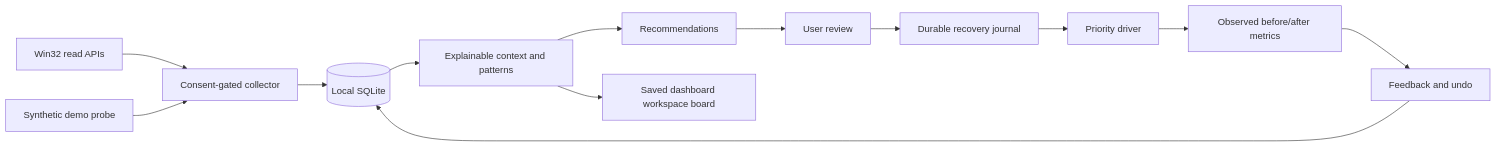
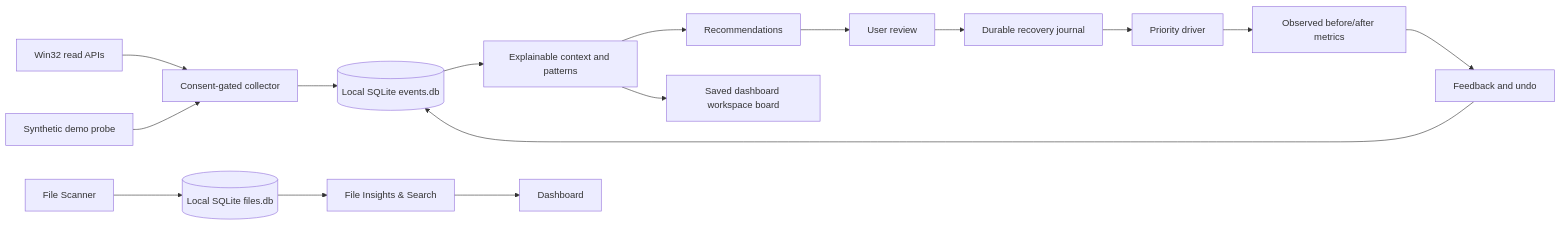
Before and after one commit to Team-SankatMochan/KSHETRAJNA-OS: the diagram in docs/ARCHITECTURE.md, drawn with Mermaid. The commit also changed other lines of this file and 14 other files, not shown here.

```diff
--- a/docs/ARCHITECTURE.md
+++ b/docs/ARCHITECTURE.md
@@ -5,15 +5,19 @@
 ~~~mermaid
 flowchart LR
   W[Win32 read APIs] --> C[Consent-gated collector]
   D[Synthetic demo probe] --> C
-  C --> S[(Local SQLite)]
+  C --> S[(Local SQLite events.db)]
   S --> I[Explainable context and patterns]
   I --> R[Recommendations]
   R --> U[User review]
   U --> J[Durable recovery journal]
   J --> A[Priority driver]
   A --> E[Observed before/after metrics]
   E --> F[Feedback and undo]
   F --> S
   I --> B[Saved dashboard workspace board]
+  
+  FS[File Scanner] --> DB2[(Local SQLite files.db)]
+  DB2 --> FI[File Insights & Search]
+  FI --> DB[Dashboard]
 ~~~
```
